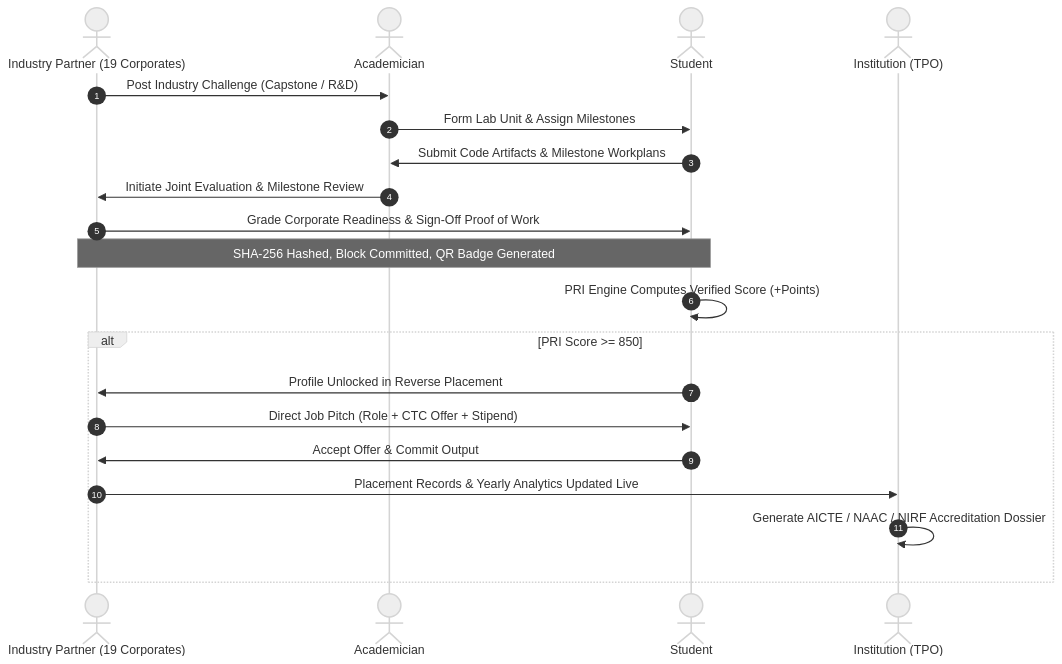
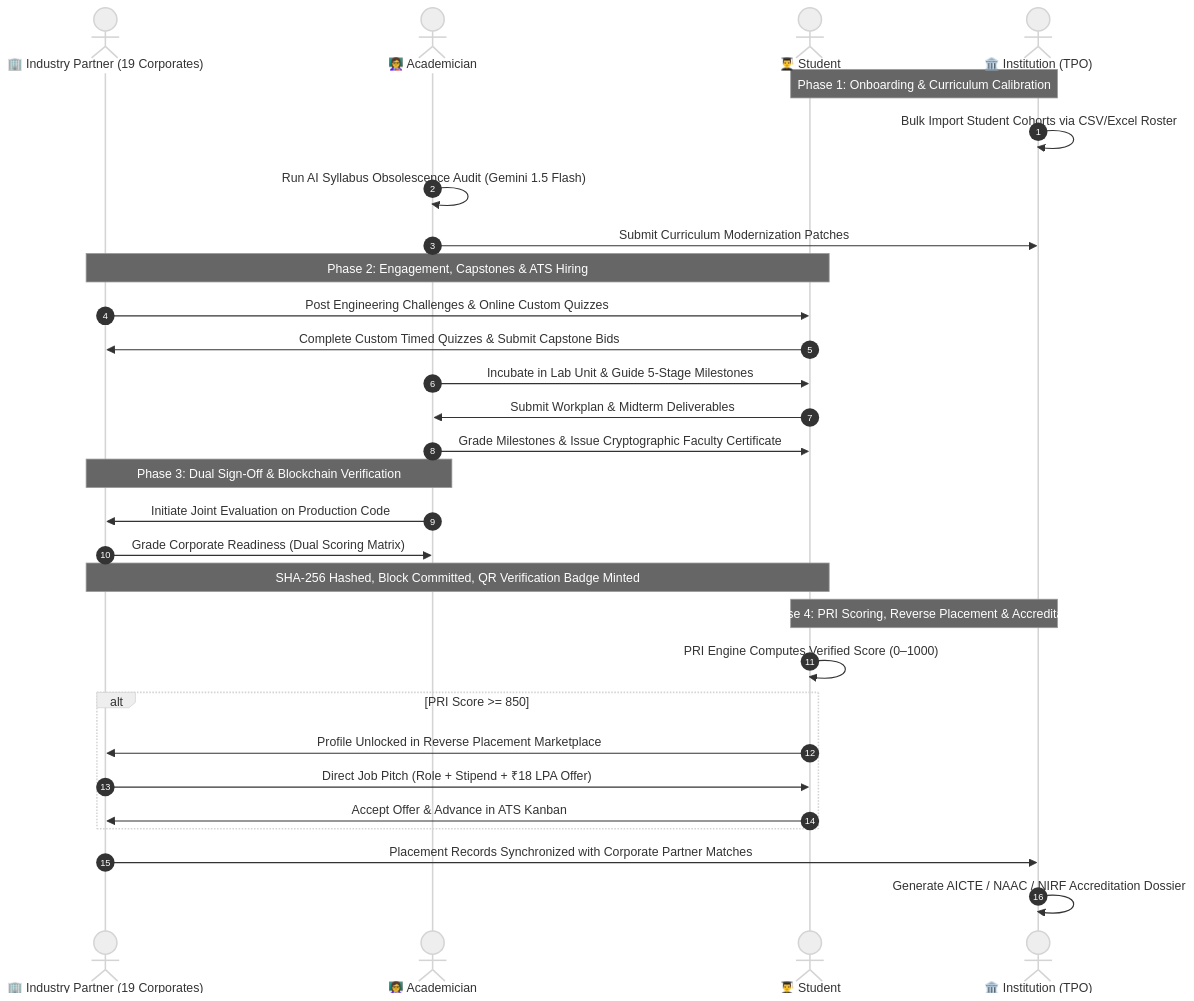
The seventh of 8 diagrams in README.md (Phantom-Coders-Team/SkillBridge), drawn with Mermaid (neutral theme) before and after one commit. The commit also changed other lines of this file, not shown here.

Commit message:
docs: enhance README with rich Mermaid diagrams, PRI decision flowchart, state machines & blockchain architecture

````diff
--- a/README.md
+++ b/README.md
@@ -257,23 +359,35 @@
 ```mermaid
 sequenceDiagram
     autonumber
-    actor Industry as Industry Partner (19 Corporates)
-    actor Faculty as Academician
-    actor Student as Student
-    actor TPO as Institution (TPO)
+    actor Industry as 🏢 Industry Partner (19 Corporates)
+    actor Faculty as 👩‍🏫 Academician
+    actor Student as 👨‍🎓 Student
+    actor TPO as 🏛️ Institution (TPO)
 
-    Industry->>Faculty: Post Industry Challenge (Capstone / R&D)
-    Faculty->>Student: Form Lab Unit & Assign Milestones
-    Student->>Faculty: Submit Code Artifacts & Milestone Workplans
-    Faculty->>Industry: Initiate Joint Evaluation & Milestone Review
-    Industry->>Student: Grade Corporate Readiness & Sign-Off Proof of Work
-    Note over Student,Industry: SHA-256 Hashed, Block Committed, QR Badge Generated
-    Student->>Student: PRI Engine Computes Verified Score (+Points)
+    Note over TPO,Student: Phase 1: Onboarding & Curriculum Calibration
+    TPO->>TPO: Bulk Import Student Cohorts via CSV/Excel Roster
+    Faculty->>Faculty: Run AI Syllabus Obsolescence Audit (Gemini 1.5 Flash)
+    Faculty->>TPO: Submit Curriculum Modernization Patches
+
+    Note over Industry,Student: Phase 2: Engagement, Capstones & ATS Hiring
+    Industry->>Student: Post Engineering Challenges & Online Custom Quizzes
+    Student->>Industry: Complete Custom Timed Quizzes & Submit Capstone Bids
+    Faculty->>Student: Incubate in Lab Unit & Guide 5-Stage Milestones
+    Student->>Faculty: Submit Workplan & Midterm Deliverables
+    Faculty->>Student: Grade Milestones & Issue Cryptographic Faculty Certificate
+
+    Note over Faculty,Industry: Phase 3: Dual Sign-Off & Blockchain Verification
+    Faculty->>Industry: Initiate Joint Evaluation on Production Code
+    Industry->>Faculty: Grade Corporate Readiness (Dual Scoring Matrix)
+    Note over Student,Industry: SHA-256 Hashed, Block Committed, QR Verification Badge Minted
+
+    Note over Student,TPO: Phase 4: PRI Scoring, Reverse Placement & Accreditation
+    Student->>Student: PRI Engine Computes Verified Score (0–1000)
     alt PRI Score >= 850
-        Student->>Industry: Profile Unlocked in Reverse Placement
-        Industry->>Student: Direct Job Pitch (Role + CTC Offer + Stipend)
-        Student->>Industry: Accept Offer & Commit Output
-        Industry->>TPO: Placement Records & Yearly Analytics Updated Live
-        TPO->>TPO: Generate AICTE / NAAC / NIRF Accreditation Dossier
+        Student->>Industry: Profile Unlocked in Reverse Placement Marketplace
+        Industry->>Student: Direct Job Pitch (Role + Stipend + ₹18 LPA Offer)
+        Student->>Industry: Accept Offer & Advance in ATS Kanban
     end
+    Industry->>TPO: Placement Records Synchronized with Corporate Partner Matches
+    TPO->>TPO: Generate AICTE / NAAC / NIRF Accreditation Dossier
 ```
````
